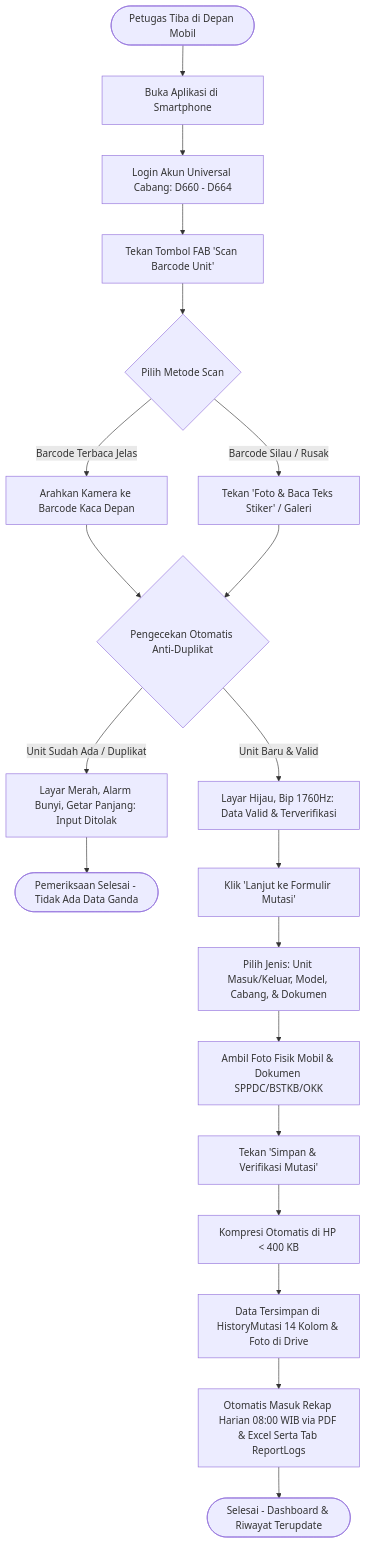
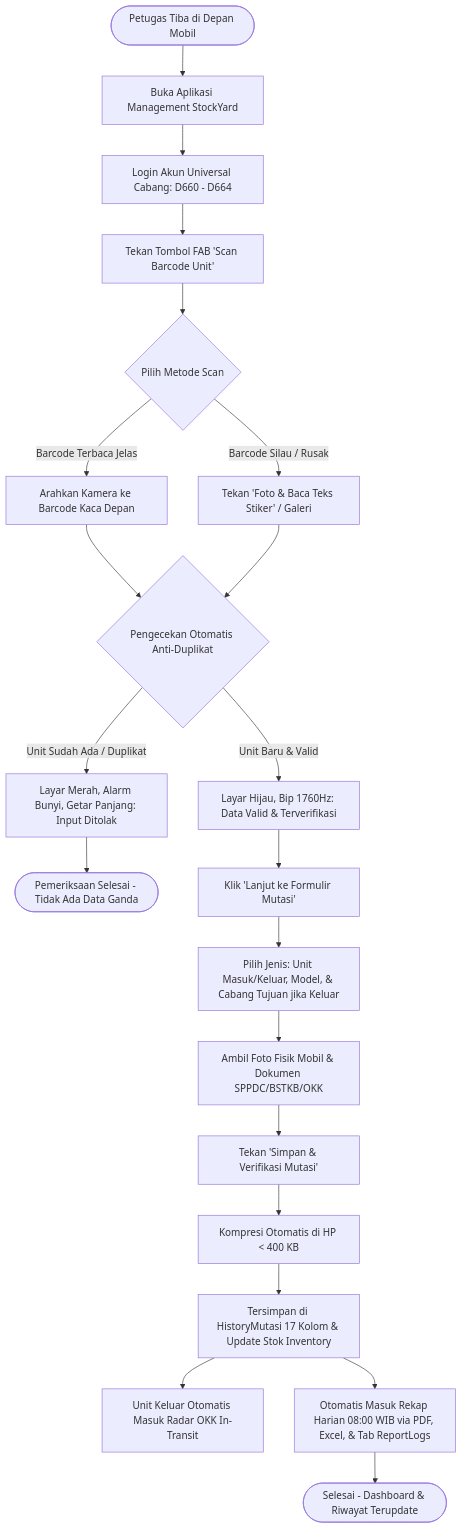
The second of 2 diagrams in PRD.md (miyuraa1001/Management-StockYard), drawn with Mermaid before and after one commit. The commit also changed other lines of this file and 5 other files, not shown here.

Commit message:
fix(inventory): synchronize in/out stock calculation, purge legacy salvage references, and update PRD to v2.10

````diff
--- a/PRD.md
+++ b/PRD.md
@@ -377,28 +355,29 @@
 ```mermaid
 flowchart TD
-    Start([Petugas Tiba di Depan Mobil]) --> OpenApp[Buka Aplikasi di Smartphone]
+    Start([Petugas Tiba di Depan Mobil]) --> OpenApp[Buka Aplikasi Management StockYard]
     OpenApp --> LoginUniversal[Login Akun Universal Cabang: D660 - D664]
     LoginUniversal --> ClickScan[Tekan Tombol FAB 'Scan Barcode Unit']
     ClickScan --> ChooseMode{Pilih Metode Scan}
     
     ChooseMode -->|Barcode Terbaca Jelas| ModeBarcode[Arahkan Kamera ke Barcode Kaca Depan]
     ChooseMode -->|Barcode Silau / Rusak| ModeOCR[Tekan 'Foto & Baca Teks Stiker' / Galeri]
     
     ModeBarcode --> CheckDupe{Pengecekan Otomatis Anti-Duplikat}
     ModeOCR --> CheckDupe
     
     CheckDupe -->|Unit Sudah Ada / Duplikat| Blocked[Layar Merah, Alarm Bunyi, Getar Panjang: Input Ditolak]
     Blocked --> FinishDuplicate([Pemeriksaan Selesai - Tidak Ada Data Ganda])
     
     CheckDupe -->|Unit Baru & Valid| Verified[Layar Hijau, Bip 1760Hz: Data Valid & Terverifikasi]
     Verified --> Step2[Klik 'Lanjut ke Formulir Mutasi']
     
-    Step2 --> FillForm[Pilih Jenis: Unit Masuk/Keluar, Model, Cabang, & Dokumen]
+    Step2 --> FillForm[Pilih Jenis: Unit Masuk/Keluar, Model, & Cabang Tujuan jika Keluar]
     FillForm --> SnapPhotos[Ambil Foto Fisik Mobil & Dokumen SPPDC/BSTKB/OKK]
     SnapPhotos --> Submit[Tekan 'Simpan & Verifikasi Mutasi']
     
     Submit --> CompressImg[Kompresi Otomatis di HP < 400 KB]
-    CompressImg --> CloudSync[Data Tersimpan di HistoryMutasi 14 Kolom & Foto di Drive]
-    CloudSync --> AutoReport[Otomatis Masuk Rekap Harian 08:00 WIB via PDF & Excel Serta Tab ReportLogs]
+    CompressImg --> CloudSync[Tersimpan di HistoryMutasi 17 Kolom & Update Stok Inventory]
+    CloudSync --> TriggerFlightBoard[Unit Keluar Otomatis Masuk Radar OKK In-Transit]
+    CloudSync --> AutoReport[Otomatis Masuk Rekap Harian 08:00 WIB via PDF, Excel, & Tab ReportLogs]
     AutoReport --> Done([Selesai - Dashboard & Riwayat Terupdate])
 ```
````
